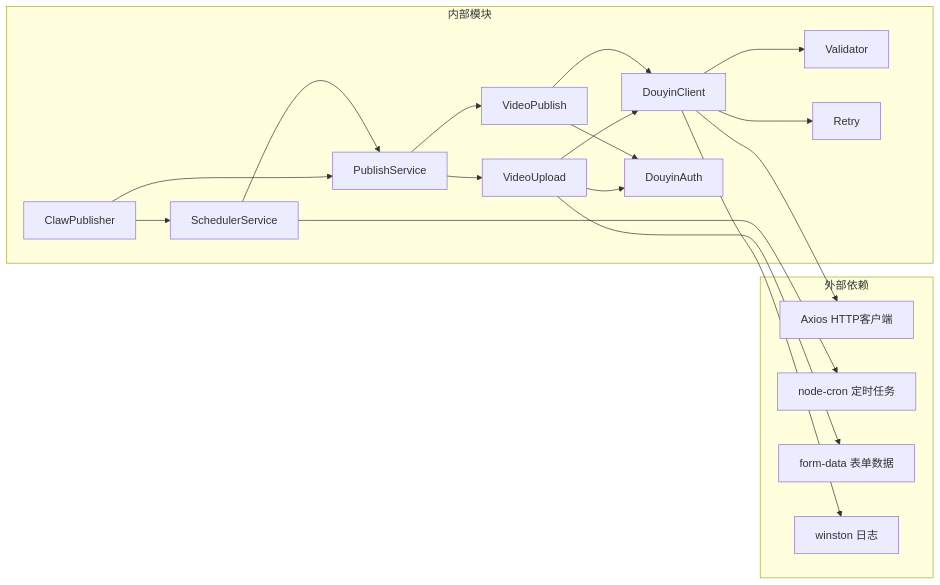
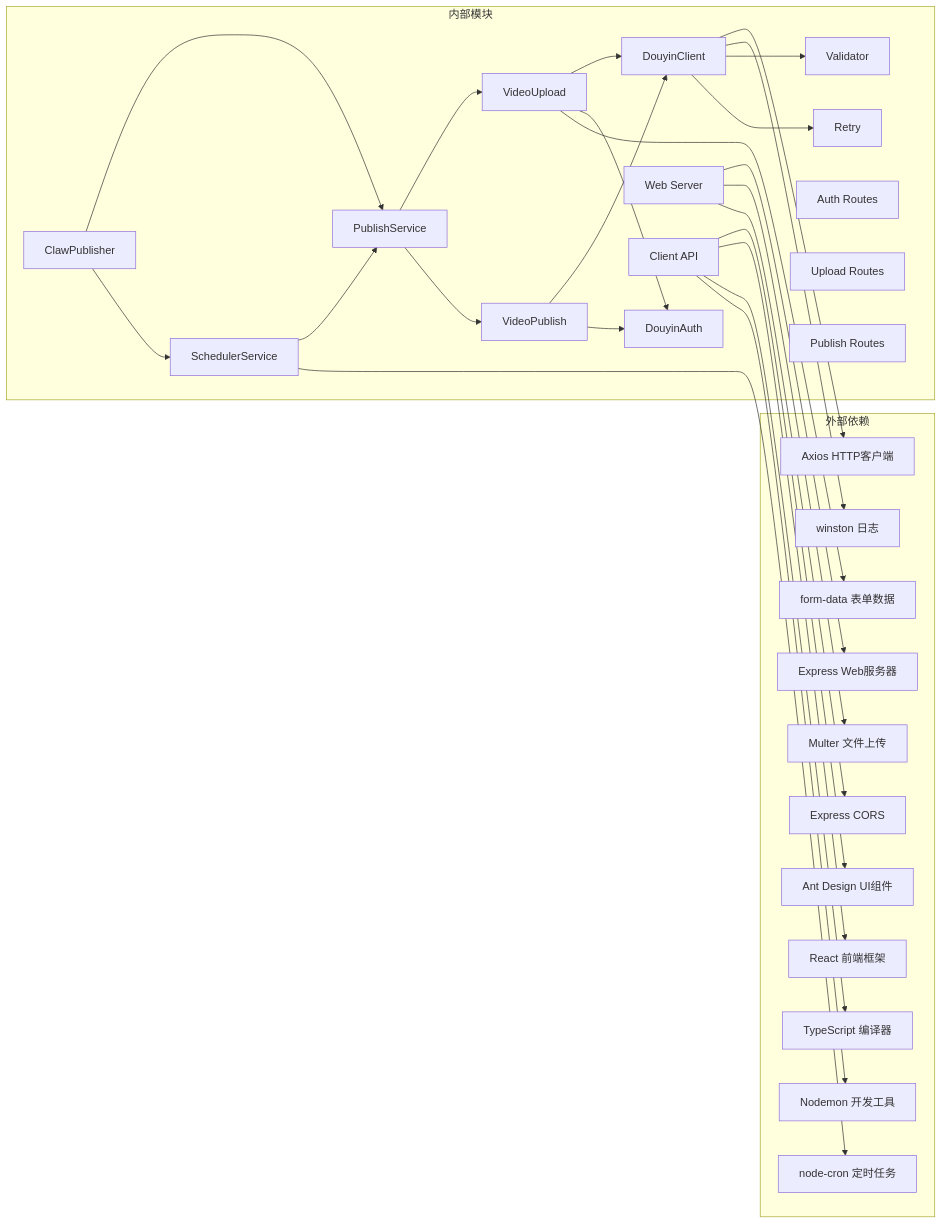
One commit to songdiyang/clawOperations changed the third of 3 diagrams in .qoder/repowiki/zh/content/API参考文档/API参考文档.md. Above: the diagram before and after it, drawn with Mermaid. The commit also changed other lines of this file and 69 other files, not shown here.

````diff
--- a/.qoder/repowiki/zh/content/API参考文档/API参考文档.md
+++ b/.qoder/repowiki/zh/content/API参考文档/API参考文档.md
@@ -580,35 +918,54 @@
 ```mermaid
 graph LR
 subgraph "外部依赖"
 AX[Axios HTTP客户端]
 NC[node-cron 定时任务]
 FD[form-data 表单数据]
 WT[winston 日志]
+EX[Express Web服务器]
+MU[Multer 文件上传]
+AN[Ant Design UI组件]
+RE[React 前端框架]
+EN[Express CORS]
+ND[Nodemon 开发工具]
+TS[TypeScript 编译器]
 end
 subgraph "内部模块"
 CP[ClawPublisher]
 PS[PublishService]
 SS[SchedulerService]
 DC[DouyinClient]
 AU[DouyinAuth]
 VU[VideoUpload]
 VP[VideoPublish]
 VL[Validator]
 RT[Retry]
+WS[Web Server]
+WA[Auth Routes]
+WU[Upload Routes]
+WP[Publish Routes]
+WC[Client API]
 end
 CP --> PS
 CP --> SS
 PS --> VU
 PS --> VP
 SS --> PS
 VU --> DC
 VP --> DC
 VU --> AU
 VP --> AU
 DC --> AX
 SS --> NC
 VU --> FD
 DC --> WT
 DC --> VL
 DC --> RT
+WS --> EX
+WS --> MU
+WS --> EN
+WC --> AN
+WC --> RE
+WC --> TS
+WC --> ND
 ```
````
